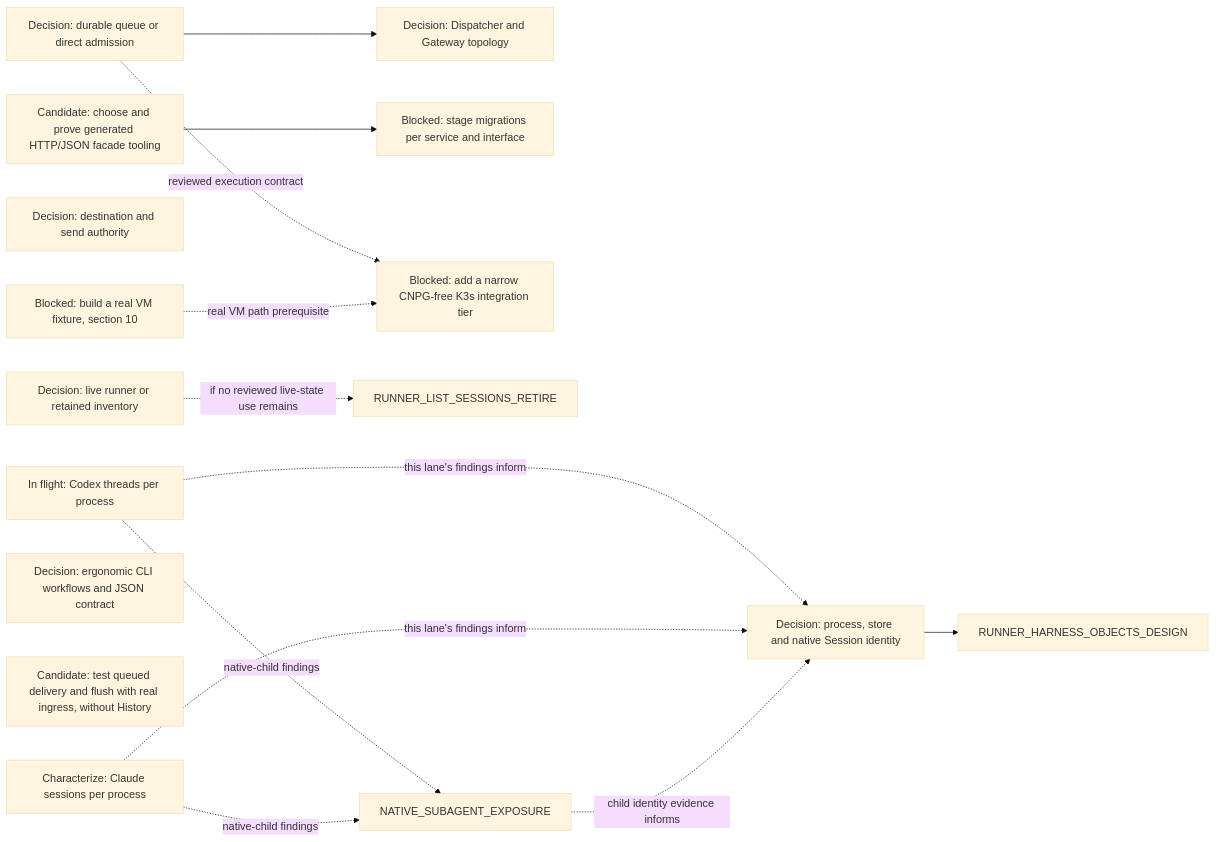
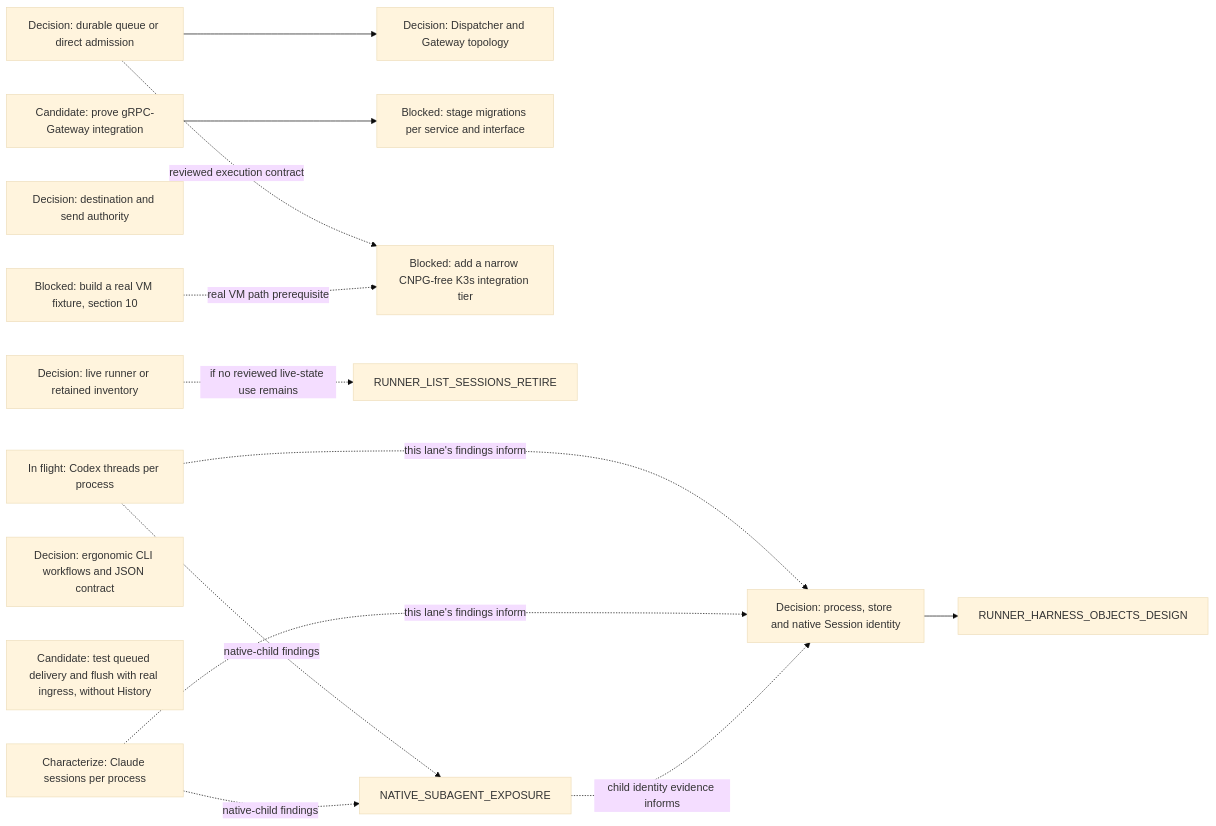
Diagram 17 of 17 in agentplane/plans/task_dag.md (agentydragon/ducktape), drawn with Mermaid (base theme) before and after one commit. The commit also changed other lines of this file and 1 other file, not shown here.

Commit message:
Record gRPC-Gateway facade decision

````diff
--- a/agentplane/plans/task_dag.md
+++ b/agentplane/plans/task_dag.md
@@ -1498,27 +1499,27 @@
 ```mermaid
 flowchart LR
     DISPATCHER_PERSISTENCE_MODEL_DESIGN[Decision: durable queue or direct admission]
     DISPATCHER_GATEWAY_TOPOLOGY_DESIGN[Decision: Dispatcher and Gateway topology]
     RUNNER_INVENTORY_AUTHORITY_DESIGN[Decision: live runner or retained inventory]
     DELIVERY_DESTINATION_AUTHORITY_DESIGN[Decision: destination and send authority]
     CODEX_APP_SERVER_MULTIPLEXING[In flight: Codex threads per process]
     CLAUDE_STREAM_SESSION_MULTIPLEXING[Characterize: Claude sessions per process]
     HARNESS_IDENTITY_DESIGN[Decision: process, store and native Session identity]
-    HTTP_JSON_FACADE_TOOLING_SPIKE[Candidate: choose and prove generated HTTP/JSON facade tooling]
+    HTTP_JSON_FACADE_TOOLING_SPIKE[Candidate: prove gRPC-Gateway integration]
     SERVICE_API_TRANSPORT_MIGRATIONS[Blocked: stage migrations per service and interface]
     AGENT_API_TOOLING_DESIGN[Decision: ergonomic CLI workflows and JSON contract]
     RUNNER_DELIVERY_INGRESS_ACCEPTANCE[Candidate: test queued delivery and flush with real ingress, without History]
     CNPG_FREE_K3S_INTEGRATION_TIER[Blocked: add a narrow CNPG-free K3s integration tier]
     K3S_VM_IMAGE[Blocked: build a real VM fixture, section 10]
     DISPATCHER_PERSISTENCE_MODEL_DESIGN --> DISPATCHER_GATEWAY_TOPOLOGY_DESIGN
     RUNNER_INVENTORY_AUTHORITY_DESIGN -. if no reviewed live-state use remains .-> RUNNER_LIST_SESSIONS_RETIRE
     CODEX_APP_SERVER_MULTIPLEXING -. this lane's findings inform .-> HARNESS_IDENTITY_DESIGN
     CLAUDE_STREAM_SESSION_MULTIPLEXING -. this lane's findings inform .-> HARNESS_IDENTITY_DESIGN
     CODEX_APP_SERVER_MULTIPLEXING -. native-child findings .-> NATIVE_SUBAGENT_EXPOSURE
     CLAUDE_STREAM_SESSION_MULTIPLEXING -. native-child findings .-> NATIVE_SUBAGENT_EXPOSURE
     NATIVE_SUBAGENT_EXPOSURE -. child identity evidence informs .-> HARNESS_IDENTITY_DESIGN
     HARNESS_IDENTITY_DESIGN --> RUNNER_HARNESS_OBJECTS_DESIGN
     HTTP_JSON_FACADE_TOOLING_SPIKE --> SERVICE_API_TRANSPORT_MIGRATIONS
     DISPATCHER_PERSISTENCE_MODEL_DESIGN -. reviewed execution contract .-> CNPG_FREE_K3S_INTEGRATION_TIER
     K3S_VM_IMAGE -. real VM path prerequisite .-> CNPG_FREE_K3S_INTEGRATION_TIER
 ```
````
